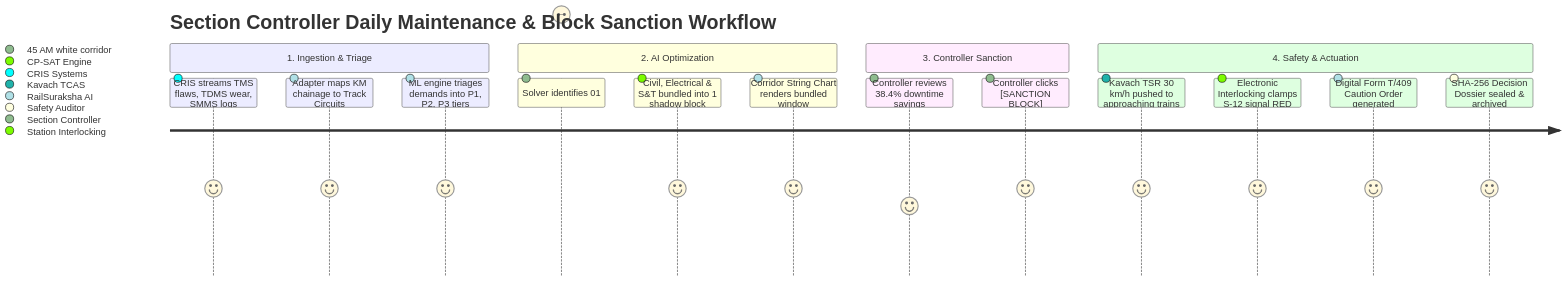
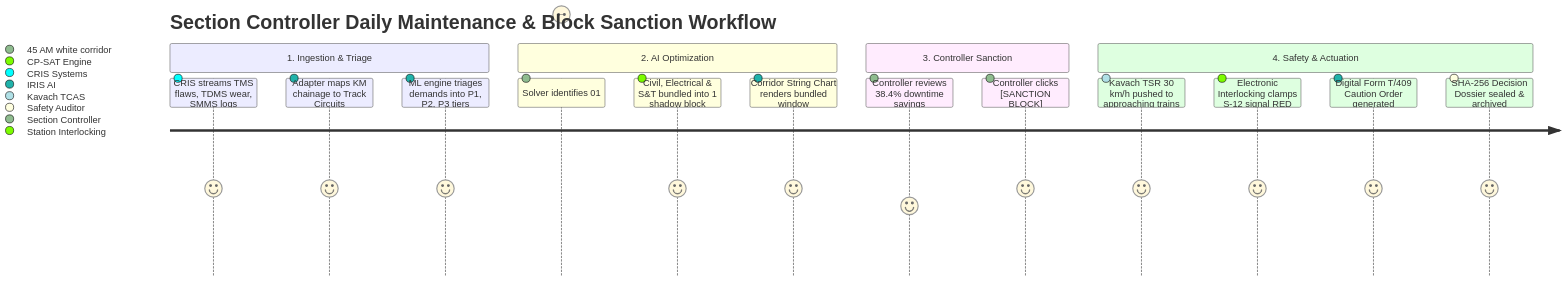
One commit to ritam413/RailSuraksha-AI- changed the diagram in docs/04_user_journey.md. Above: the diagram before and after it, drawn with Mermaid. The commit also changed other lines of this file and 368 other files, not shown here.

````diff
--- a/docs/04_user_journey.md
+++ b/docs/04_user_journey.md
@@ -12,20 +12,20 @@
 ```mermaid
 journey
     title Section Controller Daily Maintenance & Block Sanction Workflow
     section 1. Ingestion & Triage
       CRIS streams TMS flaws, TDMS wear, SMMS logs: 5: CRIS Systems
-      Adapter maps KM chainage to Track Circuits: 5: RailSuraksha AI
-      ML engine triages demands into P1, P2, P3 tiers: 5: RailSuraksha AI
+      Adapter maps KM chainage to Track Circuits: 5: IRIS AI
+      ML engine triages demands into P1, P2, P3 tiers: 5: IRIS AI
     section 2. AI Optimization
       Solver identifies 01:30-04:45 AM white corridor: 5: CP-SAT Engine
       Civil, Electrical & S&T bundled into 1 shadow block: 5: CP-SAT Engine
-      Corridor String Chart renders bundled window: 5: RailSuraksha AI
+      Corridor String Chart renders bundled window: 5: IRIS AI
     section 3. Controller Sanction
       Controller reviews 38.4% downtime savings: 4: Section Controller
       Controller clicks [SANCTION BLOCK]: 5: Section Controller
     section 4. Safety & Actuation
       Kavach TSR 30 km/h pushed to approaching trains: 5: Kavach TCAS
       Electronic Interlocking clamps S-12 signal RED: 5: Station Interlocking
-      Digital Form T/409 Caution Order generated: 5: RailSuraksha AI
+      Digital Form T/409 Caution Order generated: 5: IRIS AI
       SHA-256 Decision Dossier sealed & archived: 5: Safety Auditor
 ```
````
